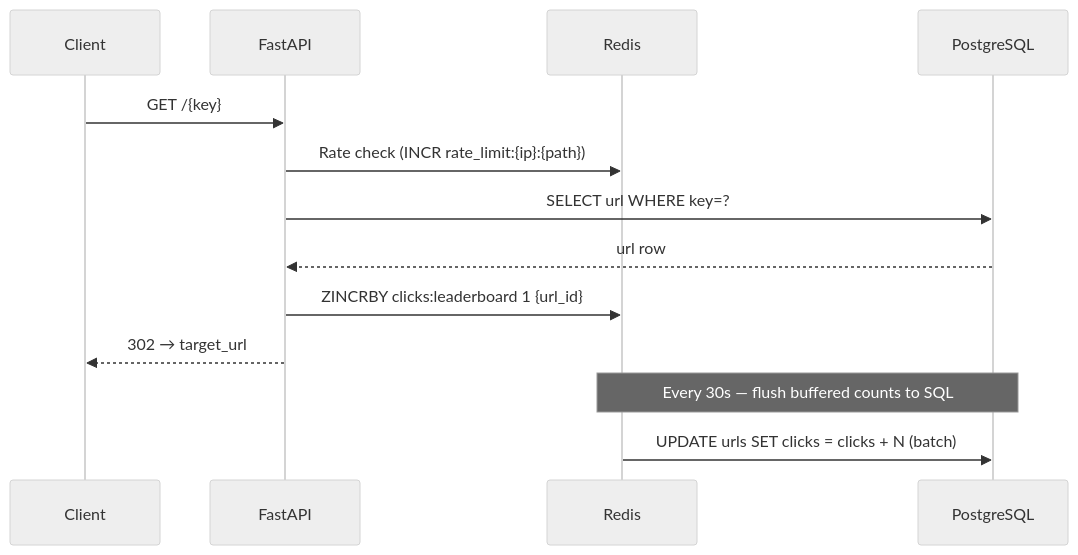
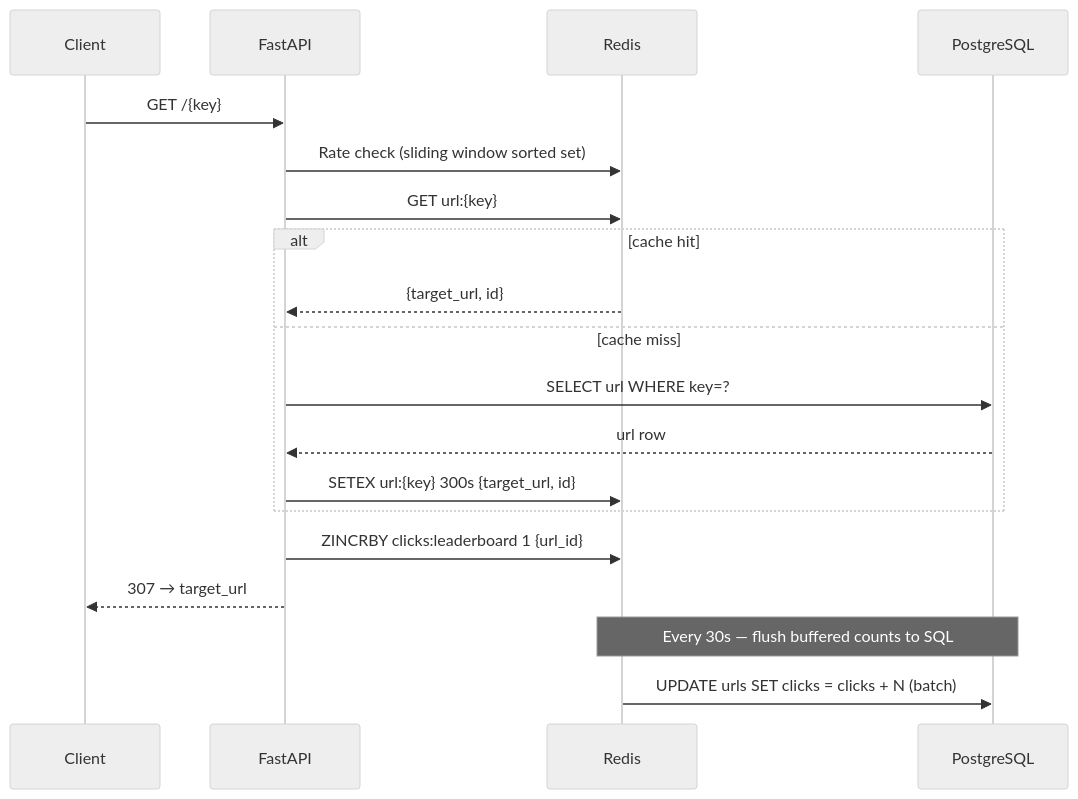
Before and after one commit to selimym/url_shortener: the diagram in README.md, drawn with Mermaid (neutral theme). The commit also changed other lines of this file and 14 other files, not shown here.

````diff
--- a/README.md
+++ b/README.md
@@ -7,17 +7,23 @@
 ```mermaid
 sequenceDiagram
     participant C as Client
     participant A as FastAPI
     participant R as Redis
     participant D as PostgreSQL
 
     C->>A: GET /{key}
-    A->>R: Rate check (INCR rate_limit:{ip}:{path})
-    A->>D: SELECT url WHERE key=?
-    D-->>A: url row
+    A->>R: Rate check (sliding window sorted set)
+    A->>R: GET url:{key}
+    alt cache hit
+        R-->>A: {target_url, id}
+    else cache miss
+        A->>D: SELECT url WHERE key=?
+        D-->>A: url row
+        A->>R: SETEX url:{key} 300s {target_url, id}
+    end
     A->>R: ZINCRBY clicks:leaderboard 1 {url_id}
-    A-->>C: 302 → target_url
+    A-->>C: 307 → target_url
 
     Note over R,D: Every 30s — flush buffered counts to SQL
     R->>D: UPDATE urls SET clicks = clicks + N (batch)
 ```
````
